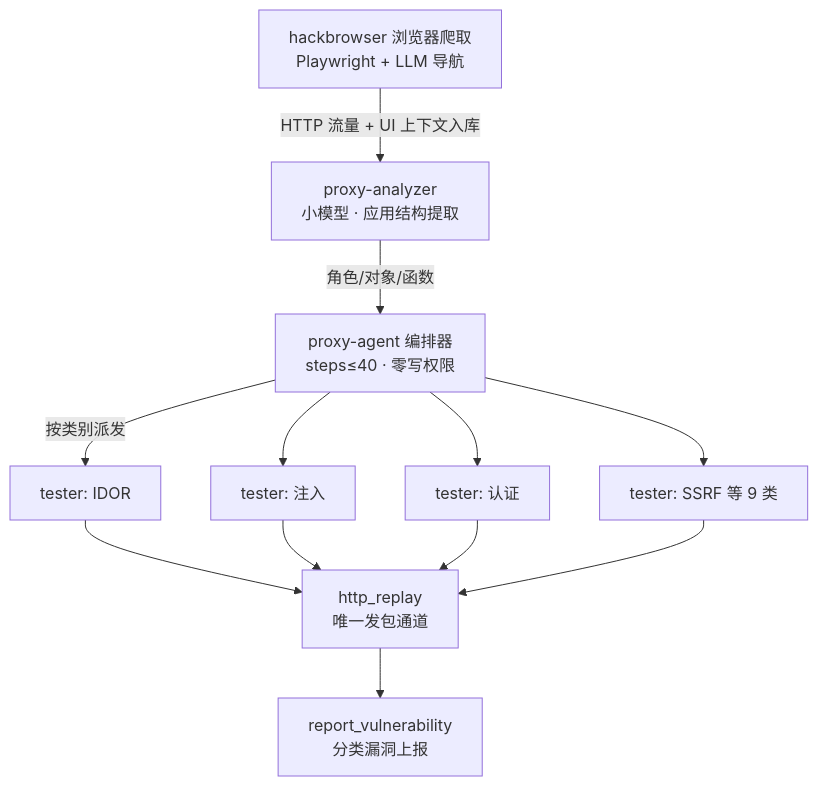
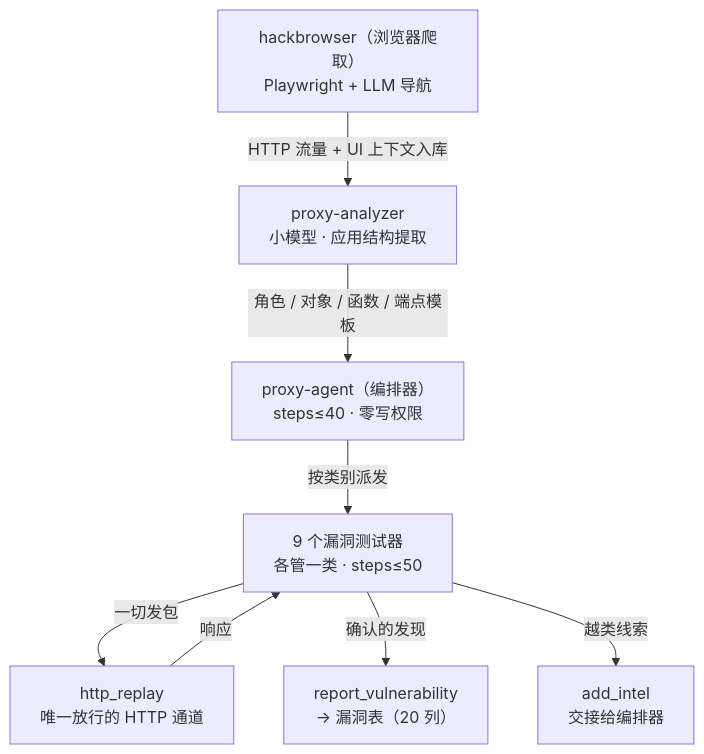
One commit to JerryXie599/how-these-agent-works changed the diagram in docs/agents/cyberstrike/proxy-pipeline.md. Above: the diagram before and after it, drawn with Mermaid. The commit also changed other lines of this file and 3 other files, not shown here.

````diff
--- a/docs/agents/cyberstrike/proxy-pipeline.md
+++ b/docs/agents/cyberstrike/proxy-pipeline.md
@@ -9,14 +9,10 @@
 ```mermaid
 flowchart TB
-    A[hackbrowser 浏览器爬取<br>Playwright + LLM 导航] -->|HTTP 流量 + UI 上下文入库| B[proxy-analyzer<br>小模型 · 应用结构提取]
-    B -->|角色/对象/函数| C[proxy-agent 编排器<br>steps≤40 · 零写权限]
-    C -->|按类别派发| D1[tester: IDOR]
-    C --> D2[tester: 注入]
-    C --> D3[tester: 认证]
-    C --> D4[tester: SSRF 等 9 类]
-    D1 --> E[http_replay<br>唯一发包通道]
-    D2 --> E
-    D3 --> E
-    D4 --> E
-    E --> F[report_vulnerability<br>分类漏洞上报]
+    A["hackbrowser（浏览器爬取）<br>Playwright + LLM 导航"] -->|"HTTP 流量 + UI 上下文入库"| B["proxy-analyzer<br>小模型 · 应用结构提取"]
+    B -->|"角色 / 对象 / 函数 / 端点模板"| C["proxy-agent（编排器）<br>steps≤40 · 零写权限"]
+    C -->|按类别派发| D["9 个漏洞测试器<br>各管一类 · steps≤50"]
+    D -->|一切发包| E["http_replay<br>唯一放行的 HTTP 通道"]
+    E -->|响应| D
+    D -->|确认的发现| F["report_vulnerability<br>→ 漏洞表（20 列）"]
+    D -->|越类线索| G["add_intel<br>交接给编排器"]
 ```
````
